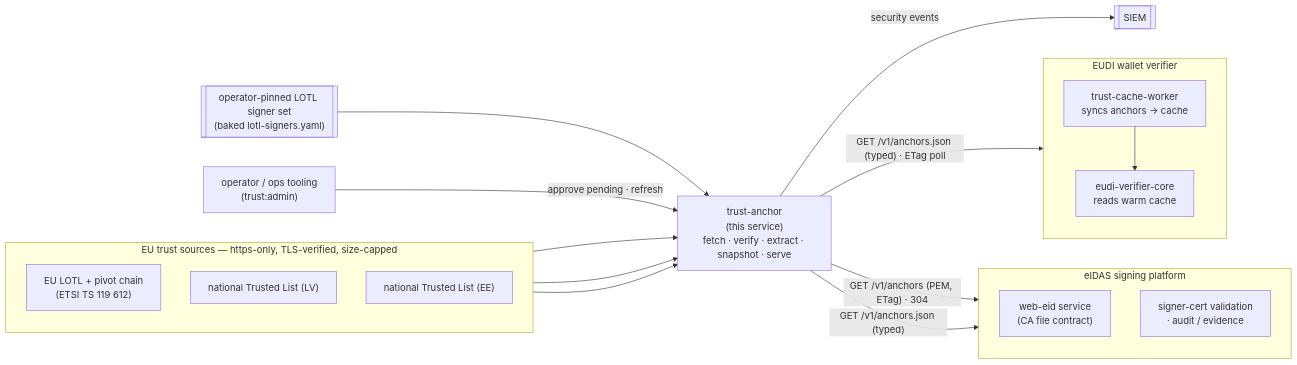
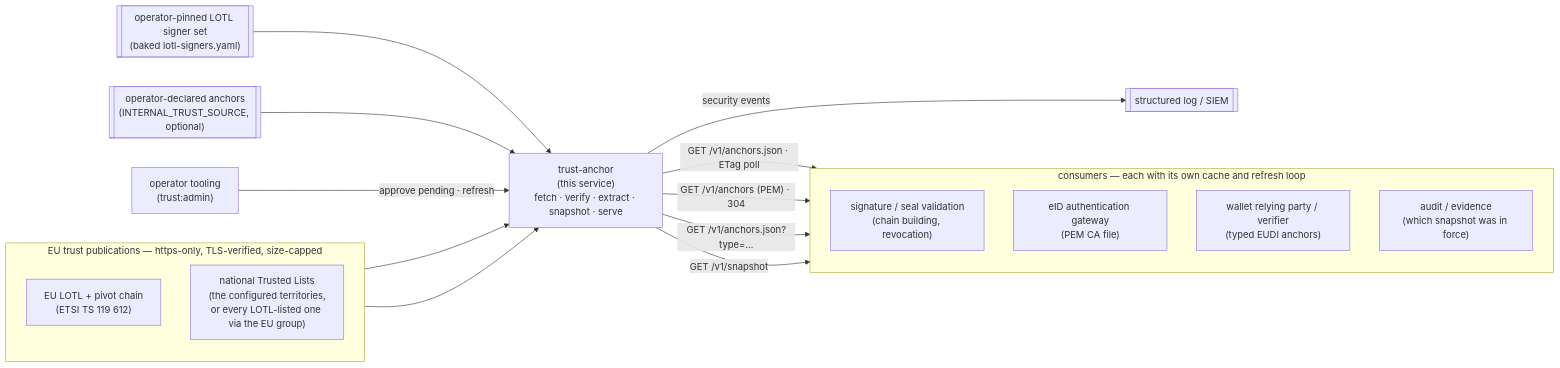
Before and after one commit to go-make-bytes/trust-anchor: the first of 3 diagrams in README.md, drawn with Mermaid. The commit also changed other lines of this file, not shown here.

First line of the commit message:
README: written for any operator running an EU trusted-list ingester

````diff
--- a/README.md
+++ b/README.md
@@ -19,38 +19,36 @@
 ```mermaid
 flowchart LR
-    subgraph UP["EU trust sources — https-only, TLS-verified, size-capped"]
+    subgraph UP["EU trust publications — https-only, TLS-verified, size-capped"]
         direction TB
         LOTL["EU LOTL + pivot chain<br/>(ETSI TS 119 612)"]
-        LV["national Trusted List (LV)"]
-        EE["national Trusted List (EE)"]
+        NTL["national Trusted Lists<br/>(the configured territories,<br/>or every LOTL-listed one via the EU group)"]
     end
+
+    BOOT[["operator-pinned LOTL signer set<br/>(baked lotl-signers.yaml)"]]
+    DECL[["operator-declared anchors<br/>(INTERNAL_TRUST_SOURCE, optional)"]]
 
     TA["trust-anchor<br/>(this service)<br/>fetch · verify · extract · snapshot · serve"]
 
-    subgraph SIGN["eIDAS signing platform"]
+    subgraph DOWN["consumers — each with its own cache and refresh loop"]
         direction TB
-        WEBEID["web-eid service<br/>(CA file contract)"]
-        SIGVAL["signer-cert validation<br/>· audit / evidence"]
+        VAL["signature / seal validation<br/>(chain building, revocation)"]
+        AUTH["eID authentication gateway<br/>(PEM CA file)"]
+        RP["wallet relying party / verifier<br/>(typed EUDI anchors)"]
+        AUD["audit / evidence<br/>(which snapshot was in force)"]
     end
 
-    subgraph EUDI["EUDI wallet verifier"]
-        direction TB
-        TCW["trust-cache-worker<br/>syncs anchors → cache"]
-        VC["eudi-verifier-core<br/>reads warm cache"]
-    end
-
-    OPS["operator / ops tooling<br/>(trust:admin)"]
-    SIEM[["SIEM"]]
+    OPS["operator tooling<br/>(trust:admin)"]
+    LOG[["structured log / SIEM"]]
 
     LOTL --> TA
-    LV --> TA
-    EE --> TA
-    BOOT[["operator-pinned LOTL signer set<br/>(baked lotl-signers.yaml)"]] --> TA
+    NTL --> TA
+    BOOT --> TA
+    DECL --> TA
 
-    TA -->|"GET /v1/anchors (PEM, ETag) · 304"| WEBEID
-    TA -->|"GET /v1/anchors.json (typed)"| SIGVAL
-    TA -->|"GET /v1/anchors.json (typed) · ETag poll"| TCW
-    TCW --> VC
+    TA -->|"GET /v1/anchors.json · ETag poll"| VAL
+    TA -->|"GET /v1/anchors (PEM) · 304"| AUTH
+    TA -->|"GET /v1/anchors.json?type=…"| RP
+    TA -->|"GET /v1/snapshot"| AUD
     OPS -->|"approve pending · refresh"| TA
-    TA -->|"security events"| SIEM
+    TA -->|"security events"| LOG
 ```
````
